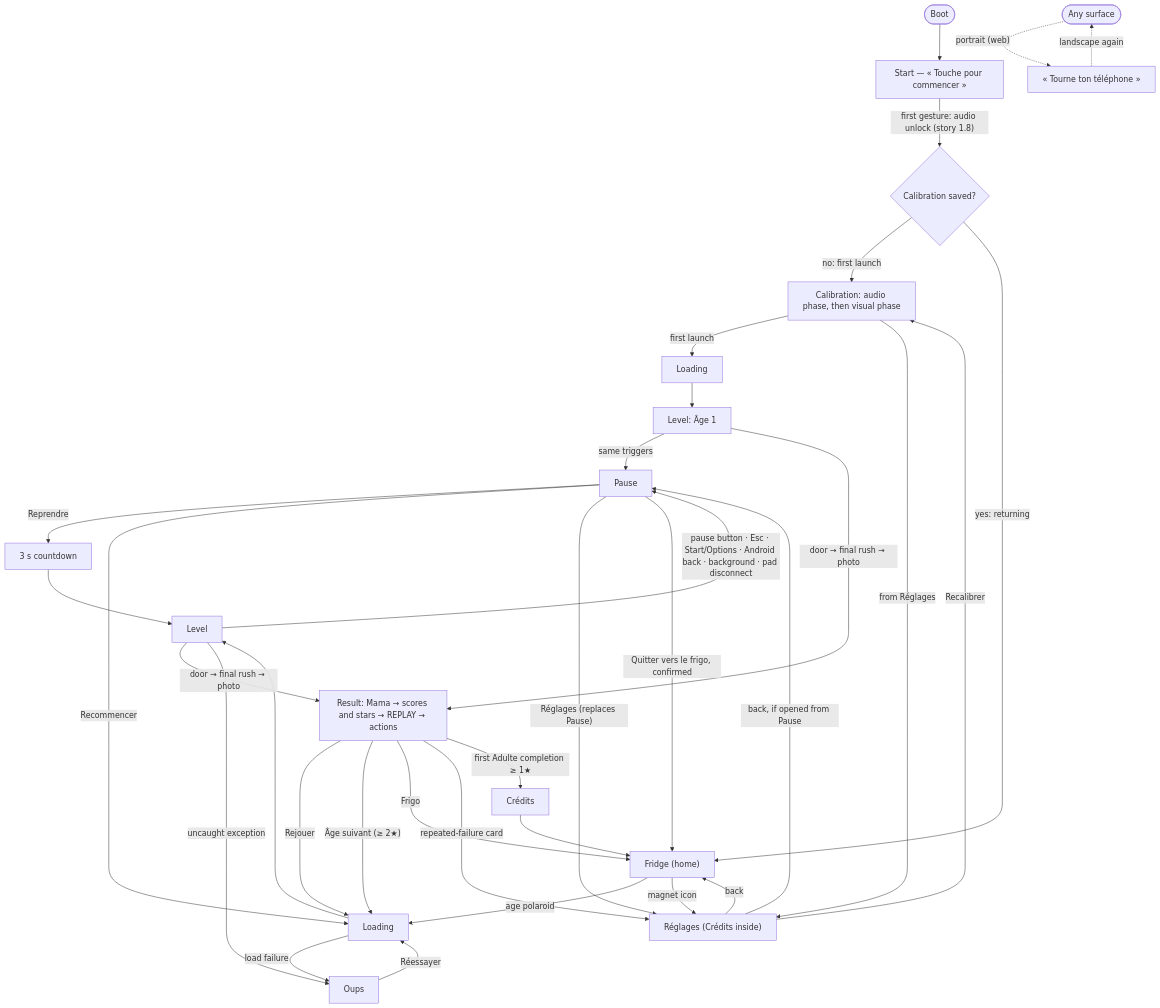
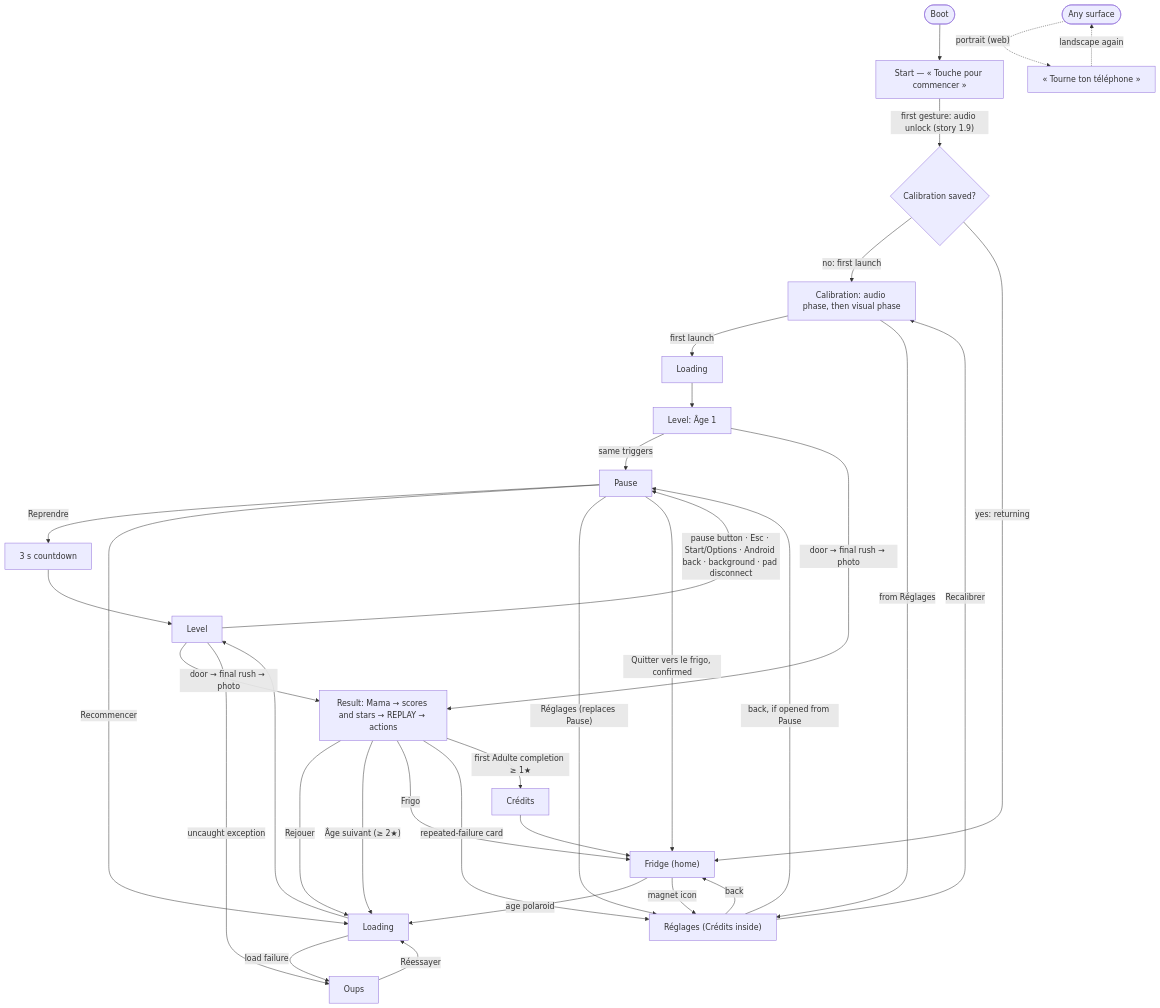
Before and after one commit to ticney/papa-parade: the diagram in _bmad-output/planning-artifacts/ux-designs/ux-papa-parade-2026-10-26/EXPERIENCE.md, drawn with Mermaid. The commit also changed other lines of this file and 6 other files, not shown here.

````diff
--- a/_bmad-output/planning-artifacts/ux-designs/ux-papa-parade-2026-10-26/EXPERIENCE.md
+++ b/_bmad-output/planning-artifacts/ux-designs/ux-papa-parade-2026-10-26/EXPERIENCE.md
@@ -42,36 +42,36 @@
 ```mermaid
 flowchart TD
   Boot(["Boot"]) --> Start["Start — « Touche pour commencer »"]
-  Start -->|"first gesture: audio unlock (story 1.8)"| Saved{"Calibration saved?"}
+  Start -->|"first gesture: audio unlock (story 1.9)"| Saved{"Calibration saved?"}
   Saved -->|"no: first launch"| Cal["Calibration: audio phase, then visual phase"]
   Cal -->|"first launch"| LoadA["Loading"]
   LoadA --> Level["Level: Âge 1"]
   Saved -->|"yes: returning"| Fridge["Fridge (home)"]
   Fridge -->|"age polaroid"| Load["Loading"]
   Load --> Lvl["Level"]
   Fridge -->|"magnet icon"| Settings["Réglages (Crédits inside)"]
   Settings -->|"back"| Fridge
   Settings -->|"Recalibrer"| Cal
   Cal -->|"from Réglages"| Settings
   Lvl -->|"pause button · Esc · Start/Options · Android back · background · pad disconnect"| Pause["Pause"]
   Level -->|"same triggers"| Pause
   Pause -->|"Reprendre"| CD["3 s countdown"]
   CD --> Lvl
   Pause -->|"Recommencer"| Load
   Pause -->|"Réglages (replaces Pause)"| Settings
   Settings -->|"back, if opened from Pause"| Pause
   Pause -->|"Quitter vers le frigo, confirmed"| Fridge
   Lvl -->|"door → final rush → photo"| Result["Result: Mama → scores and stars → REPLAY → actions"]
   Level -->|"door → final rush → photo"| Result
   Result -->|"Rejouer"| Load
   Result -->|"Âge suivant (≥ 2★)"| Load
   Result -->|"Frigo"| Fridge
   Result -->|"repeated-failure card"| Settings
   Result -->|"first Adulte completion ≥ 1★"| Credits["Crédits"]
   Credits --> Fridge
   Load -->|"load failure"| Oops["Oups"]
   Lvl -->|"uncaught exception"| Oops
   Oops -->|"Réessayer"| Load
   Any(["Any surface"]) -.->|"portrait (web)"| Portrait["« Tourne ton téléphone »"]
   Portrait -.->|"landscape again"| Any
 ```
````
